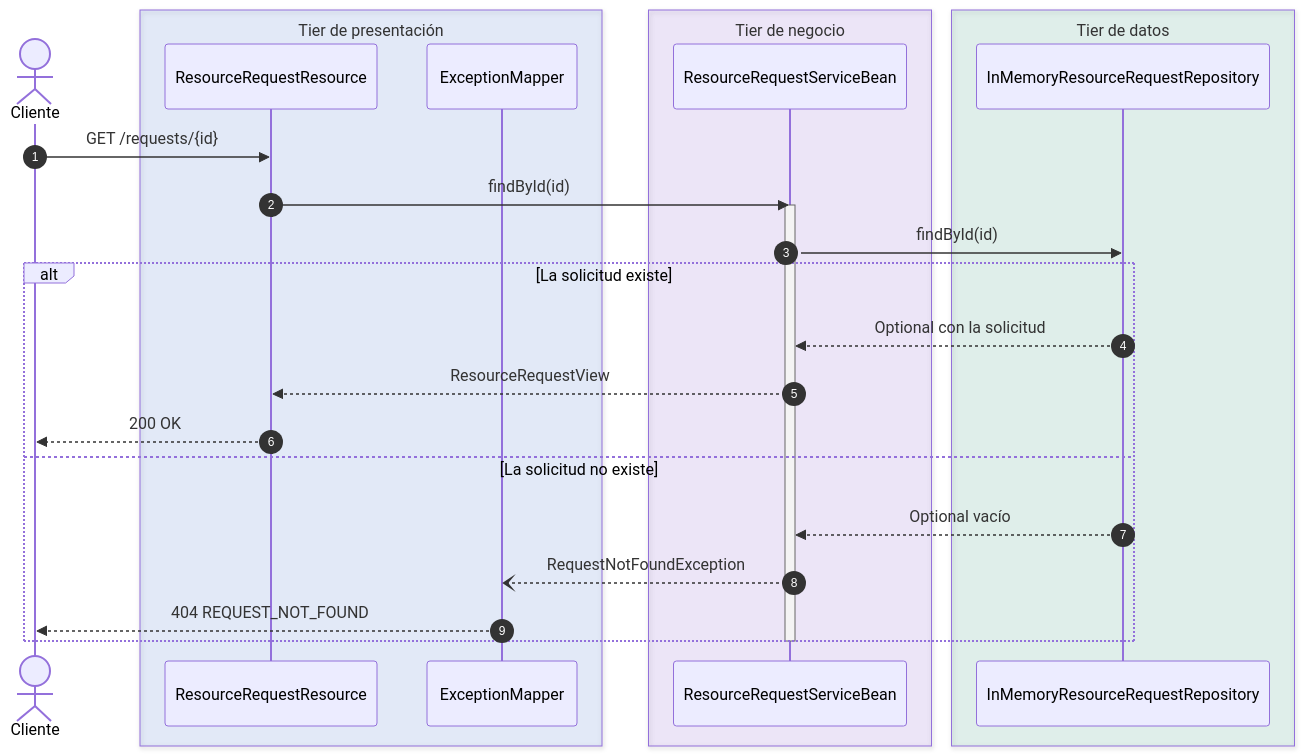
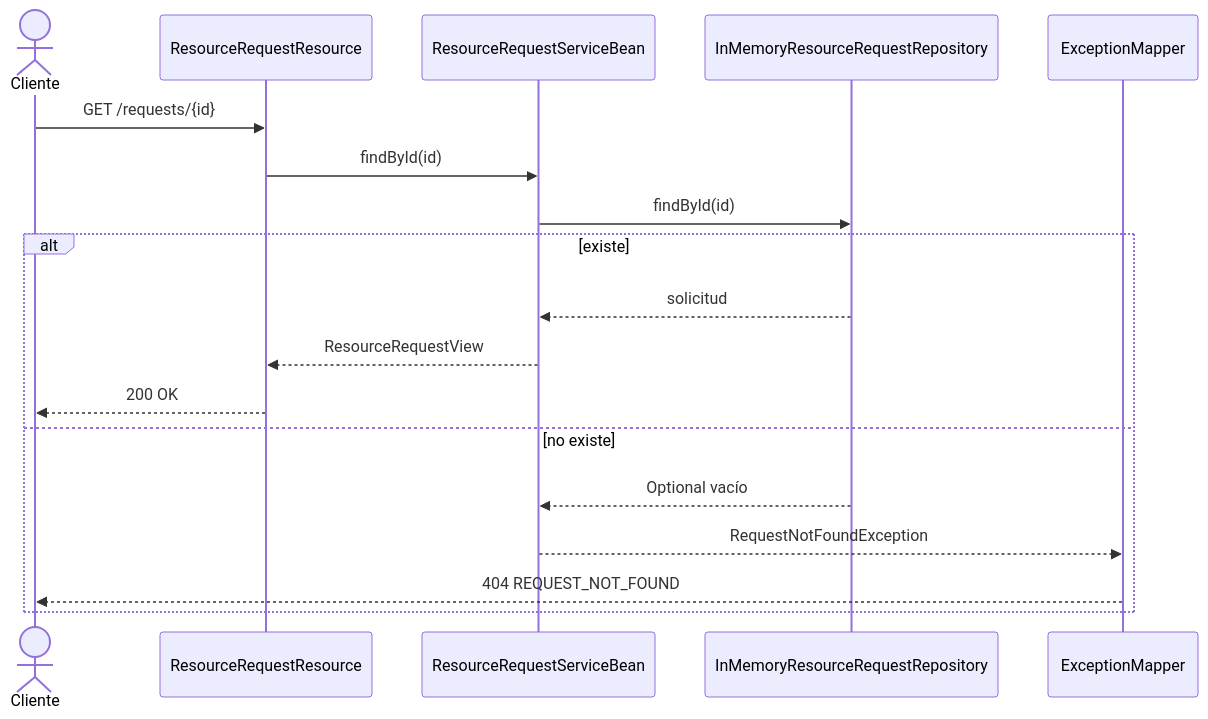
One commit to andreMD287/JEE-Negocio changed the fourth of 9 diagrams in docs/arquitectura.md. Above: the diagram before and after it, drawn with Mermaid. The commit also changed other lines of this file and 2 other files, not shown here.

Commit message:
Documentación: diagramas en blanco y negro y evidencias resumidas

````diff
--- a/docs/arquitectura.md
+++ b/docs/arquitectura.md
@@ -273,31 +236,21 @@
 ```mermaid
 sequenceDiagram
-    autonumber
     actor C as Cliente
-    box rgba(37,99,235,0.10) Tier de presentación
-        participant API as ResourceRequestResource
-        participant MAP as ExceptionMapper
-    end
-    box rgba(124,58,237,0.10) Tier de negocio
-        participant EJB as ResourceRequestServiceBean
-    end
-    box rgba(5,150,105,0.10) Tier de datos
-        participant REP as InMemoryResourceRequestRepository
-    end
+    participant API as ResourceRequestResource
+    participant EJB as ResourceRequestServiceBean
+    participant REP as InMemoryResourceRequestRepository
+    participant MAP as ExceptionMapper
 
     C->>API: GET /requests/{id}
     API->>EJB: findById(id)
-    activate EJB
     EJB->>REP: findById(id)
-
-    alt La solicitud existe
-        REP-->>EJB: Optional con la solicitud
+    alt existe
+        REP-->>EJB: solicitud
         EJB-->>API: ResourceRequestView
         API-->>C: 200 OK
-    else La solicitud no existe
+    else no existe
         REP-->>EJB: Optional vacío
-        EJB--)MAP: RequestNotFoundException
+        EJB-->>MAP: RequestNotFoundException
         MAP-->>C: 404 REQUEST_NOT_FOUND
     end
-    deactivate EJB
 ```
````
